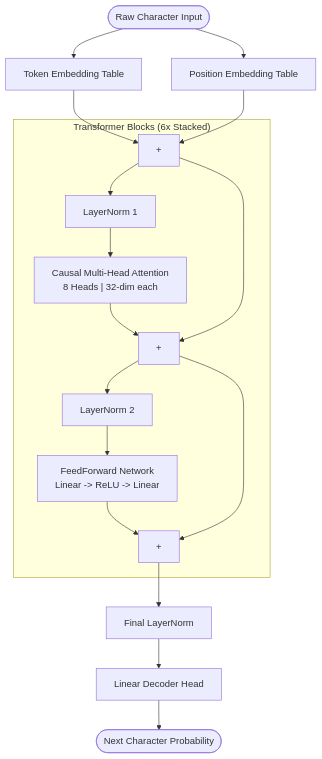
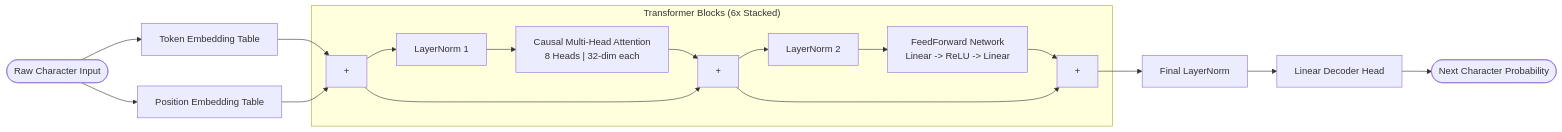
The diagram in README.md (prachisawan/toygpt), drawn with Mermaid before and after one commit. The commit also changed other lines of this file, not shown here.

````diff
--- a/README.md
+++ b/README.md
@@ -20,24 +20,24 @@
 ```mermaid
-graph TD
+graph LR
     Input(["Raw Character Input"]) --> TokenEmb["Token Embedding Table"]
     Input --> PosEmb["Position Embedding Table"]
     
     TokenEmb --> Add["+"]
     PosEmb --> Add
     
     subgraph Block ["Transformer Blocks (6x Stacked)"]
         Add --> LN1["LayerNorm 1"]
         LN1 --> MHA["Causal Multi-Head Attention<br>8 Heads | 32-dim each"]
         MHA --> Add1["+"]
         Add --> Add1
         
         Add1 --> LN2["LayerNorm 2"]
         LN2 --> FFN["FeedForward Network<br>Linear -> ReLU -> Linear"]
         FFN --> Add2["+"]
         Add1 --> Add2
     end
     
     Add2 --> LN_F["Final LayerNorm"]
     LN_F --> LM_Head["Linear Decoder Head"]
     LM_Head --> Output(["Next Character Probability"])
 ```
````
